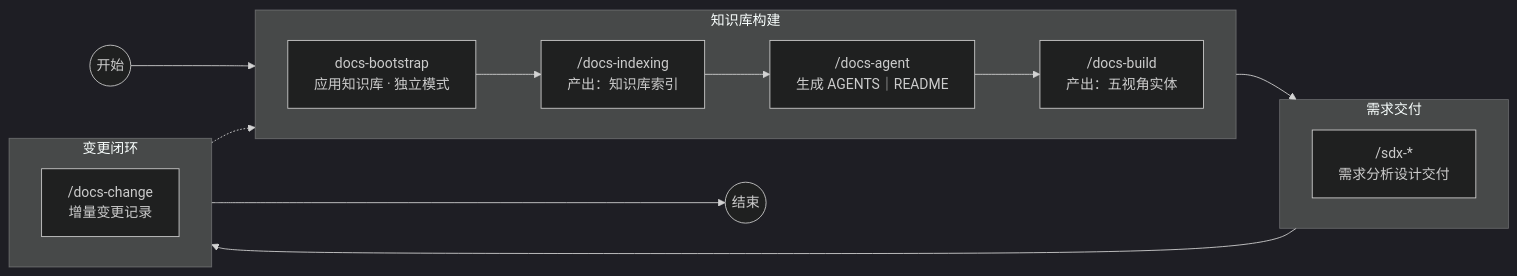
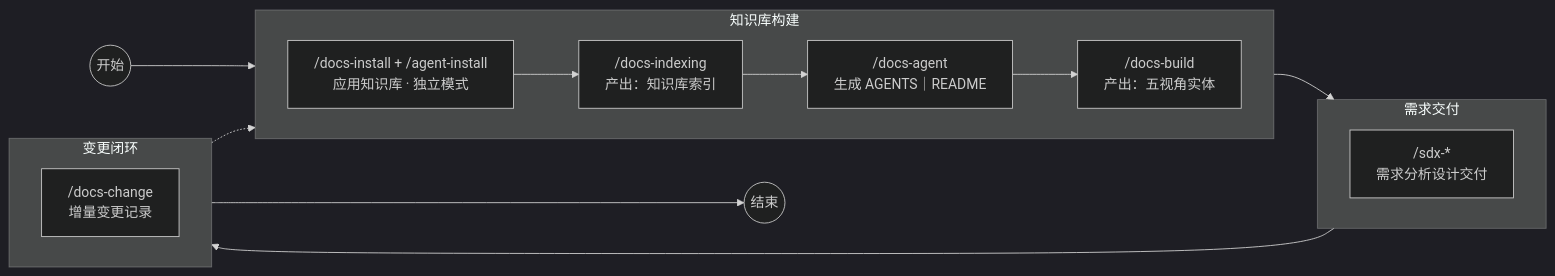
The first of 4 diagrams in quick-start.md (oleewen/ai-knowledge), drawn with Mermaid (dark theme) before and after one commit. The commit also changed other lines of this file and 10 other files, not shown here.

````diff
--- a/quick-start.md
+++ b/quick-start.md
@@ -26,29 +26,29 @@
 ```mermaid
 flowchart LR
     S((开始))
     Z((结束))
 
     subgraph KB["知识库构建"]
         direction LR
-        A["docs-bootstrap<br/>应用知识库 · 独立模式"]
+        A["/docs-install + /agent-install<br/>应用知识库 · 独立模式"]
         B["/docs-indexing<br/>产出：知识库索引"]
         F["/docs-agent<br/>生成 AGENTS｜README"]
         C["/docs-build<br/>产出：五视角实体"]
 
         A --> B --> F --> C
     end
 
     subgraph RD["需求交付"]
         direction LR
         D["/sdx-*<br/>需求分析设计交付"]
     end
 
     subgraph CHG["变更闭环"]
         direction LR
         E["/docs-change<br/>增量变更记录"]
     end
 
     S --> A
     C --> D --> E --> Z
     E -.-> B
 ```
````
